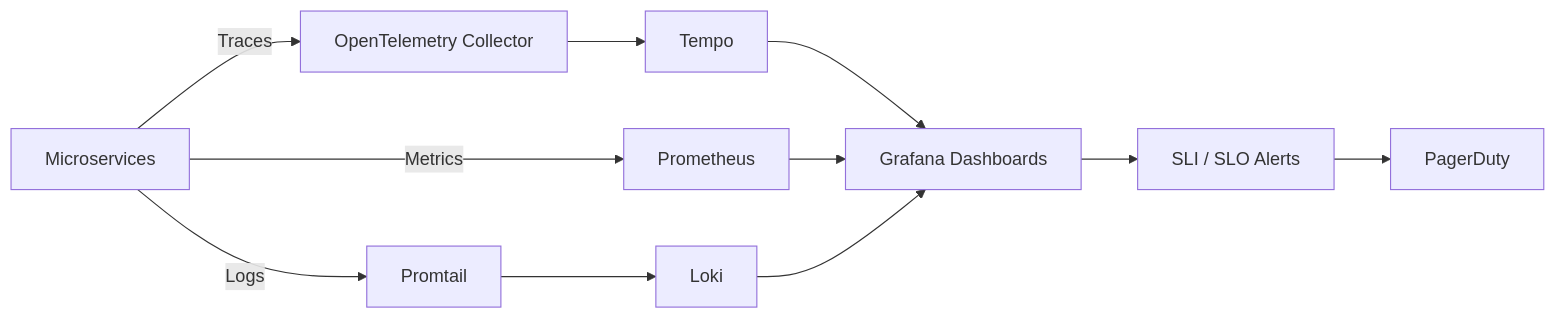
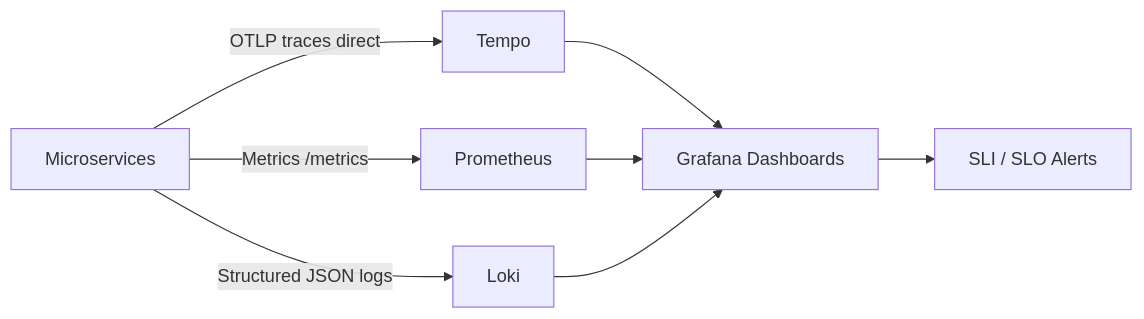
One commit to DigantaSen/Cyber-Fraud-Detection-Service changed diagram 17 of 18 in HLD.md. Above: the diagram before and after it, drawn with Mermaid. The commit also changed other lines of this file and 484 other files, not shown here.

````diff
--- a/HLD.md
+++ b/HLD.md
@@ -470,13 +532,9 @@
 ```mermaid
 flowchart LR
-    Services[Microservices] -->|Traces| OTel[OpenTelemetry Collector]
-    Services -->|Metrics| Prom[Prometheus]
-    Services -->|Logs| Promtail[Promtail]
-    
-    OTel --> Tempo[Tempo]
-    Promtail --> Loki[Loki]
+    Services[Microservices] -->|OTLP traces direct| Tempo[Tempo]
+    Services -->|Metrics /metrics| Prom[Prometheus]
+    Services -->|Structured JSON logs| Loki[Loki]
     
     Tempo & Prom & Loki --> Grafana[Grafana Dashboards]
     Grafana --> Alert[SLI / SLO Alerts]
-    Alert --> Pager[PagerDuty]
 ```
````
